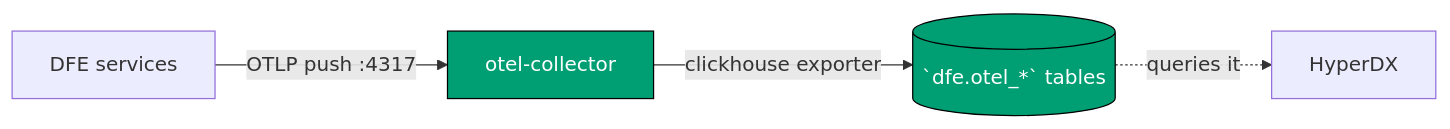
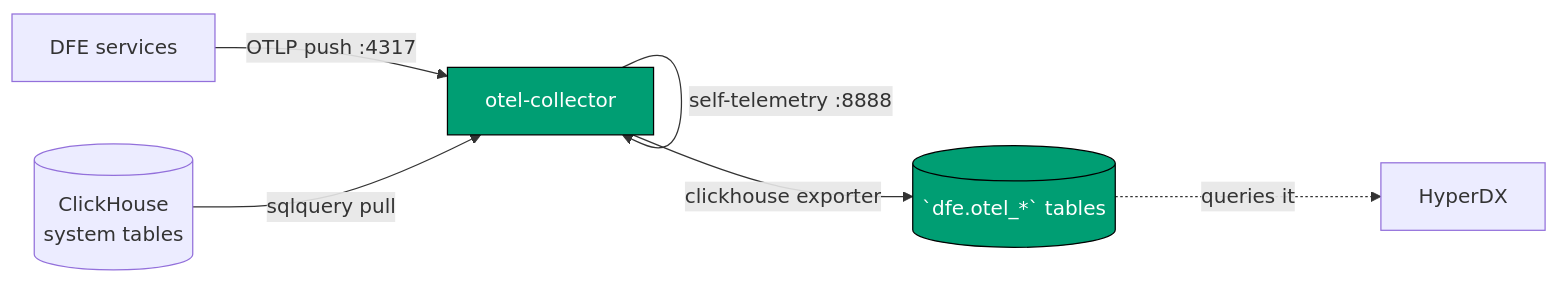
Before and after one commit to hyperi-io/dfe-docker: the diagram in docs/observability.md, drawn with Mermaid. The commit also changed other lines of this file and 1 other file, not shown here.

First line of the commit message:
fix(otel): scrape ClickHouse system tables and the collector's own telemetry

````diff
--- a/docs/observability.md
+++ b/docs/observability.md
@@ -68,9 +68,11 @@
 ```mermaid
 flowchart LR
     apps["DFE services"] -->|OTLP push :4317| col["otel-collector"]
+    chsrv[("ClickHouse<br/>system tables")] -->|sqlquery pull| col
+    col -->|self-telemetry :8888| col
     col -->|clickhouse exporter| ch[(`dfe.otel_*` tables)]
     ch -.->|queries it| hdx["HyperDX"]
 
     classDef on fill:#009E73,color:#ffffff,stroke:#000000
     class col,ch on
 ```
````
